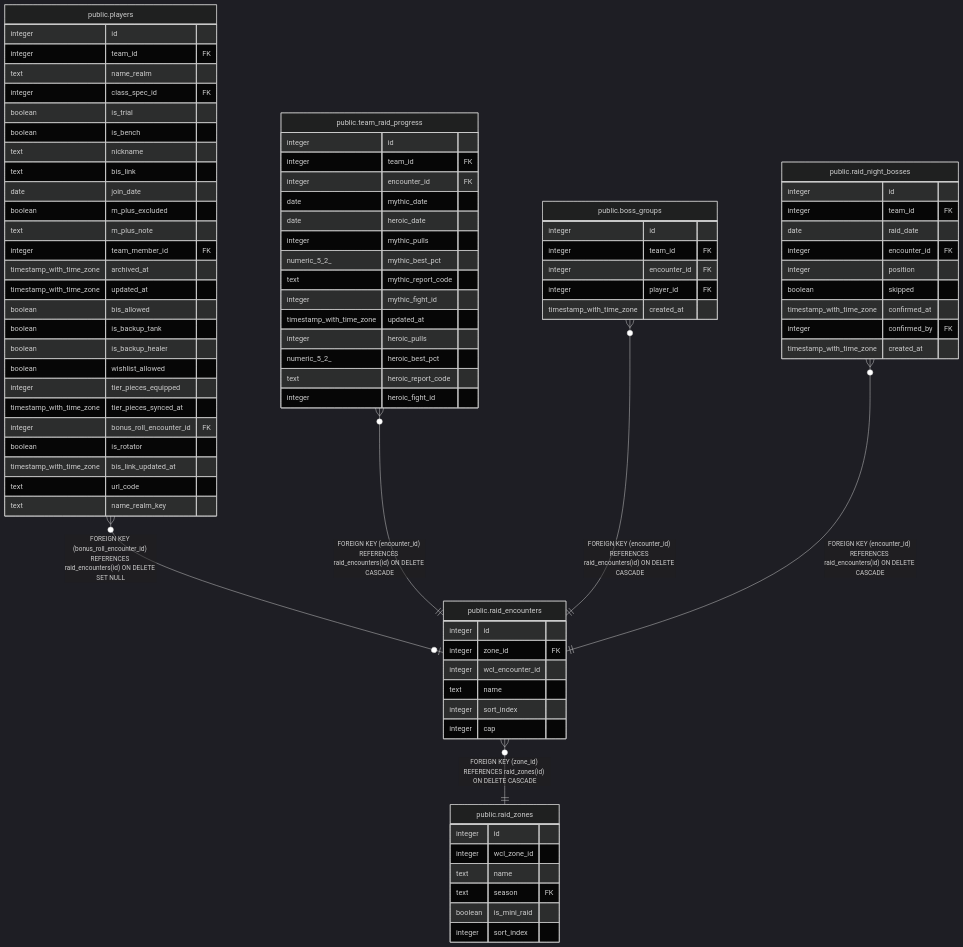
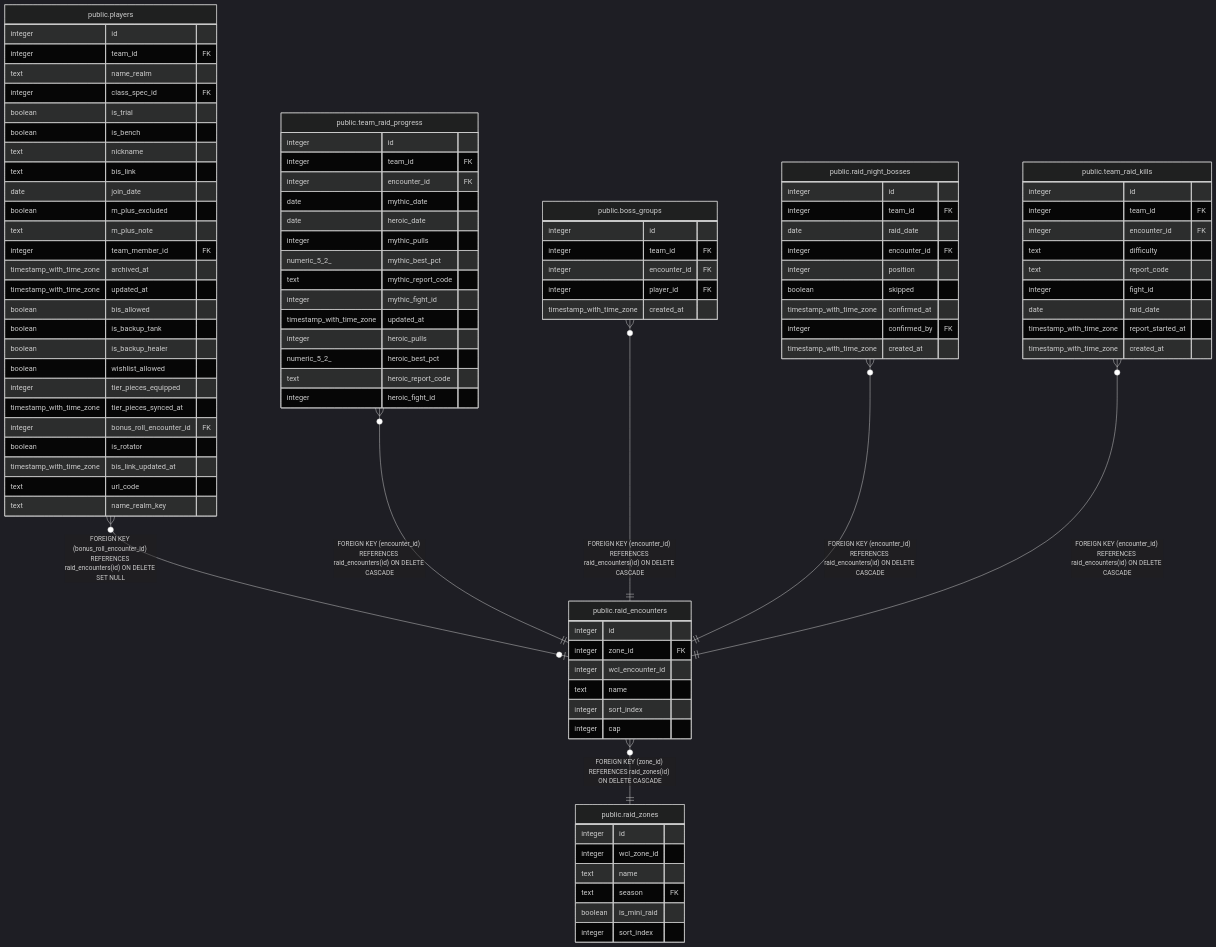
One commit to katogaming88/WGA-Raid-Hub changed the diagram in dbdoc/public.raid_encounters.md. Above: the diagram before and after it, drawn with Mermaid (dark theme). The commit also changed other lines of this file and 30 other files, not shown here.

```diff
--- a/dbdoc/public.raid_encounters.md
+++ b/dbdoc/public.raid_encounters.md
@@ -36,6 +36,7 @@
 "public.team_raid_progress" }o--|| "public.raid_encounters" : "FOREIGN KEY (encounter_id) REFERENCES raid_encounters(id) ON DELETE CASCADE"
 "public.boss_groups" }o--|| "public.raid_encounters" : "FOREIGN KEY (encounter_id) REFERENCES raid_encounters(id) ON DELETE CASCADE"
 "public.raid_night_bosses" }o--|| "public.raid_encounters" : "FOREIGN KEY (encounter_id) REFERENCES raid_encounters(id) ON DELETE CASCADE"
+"public.team_raid_kills" }o--|| "public.raid_encounters" : "FOREIGN KEY (encounter_id) REFERENCES raid_encounters(id) ON DELETE CASCADE"
 "public.raid_encounters" }o--|| "public.raid_zones" : "FOREIGN KEY (zone_id) REFERENCES raid_zones(id) ON DELETE CASCADE"
 
 "public.raid_encounters" {
@@ -107,6 +108,17 @@
   integer confirmed_by FK
   timestamp_with_time_zone created_at
 }
+"public.team_raid_kills" {
+  integer id
+  integer team_id FK
+  integer encounter_id FK
+  text difficulty
+  text report_code
+  integer fight_id
+  date raid_date
+  timestamp_with_time_zone report_started_at
+  timestamp_with_time_zone created_at
+}
 "public.raid_zones" {
   integer id
   integer wcl_zone_id
```
